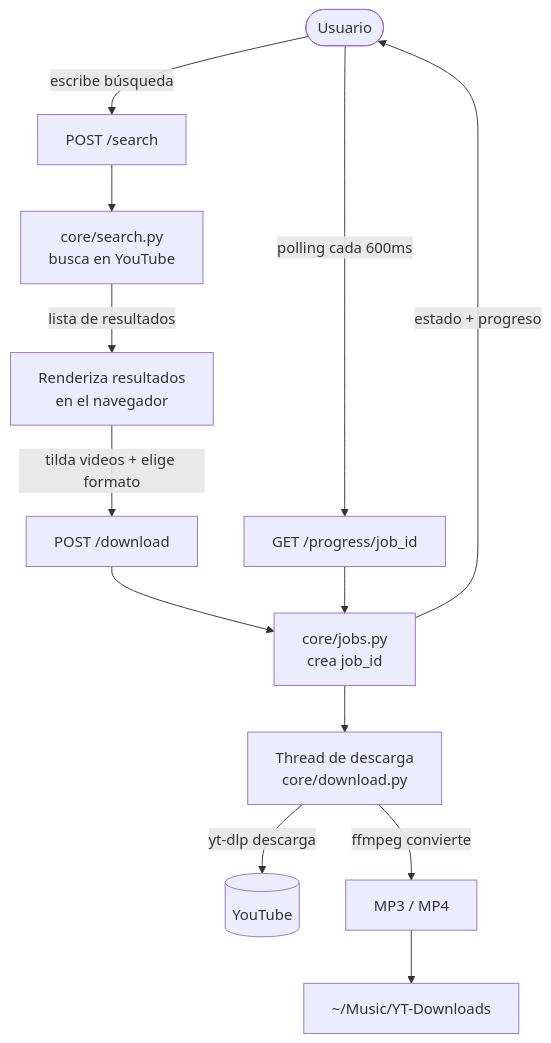
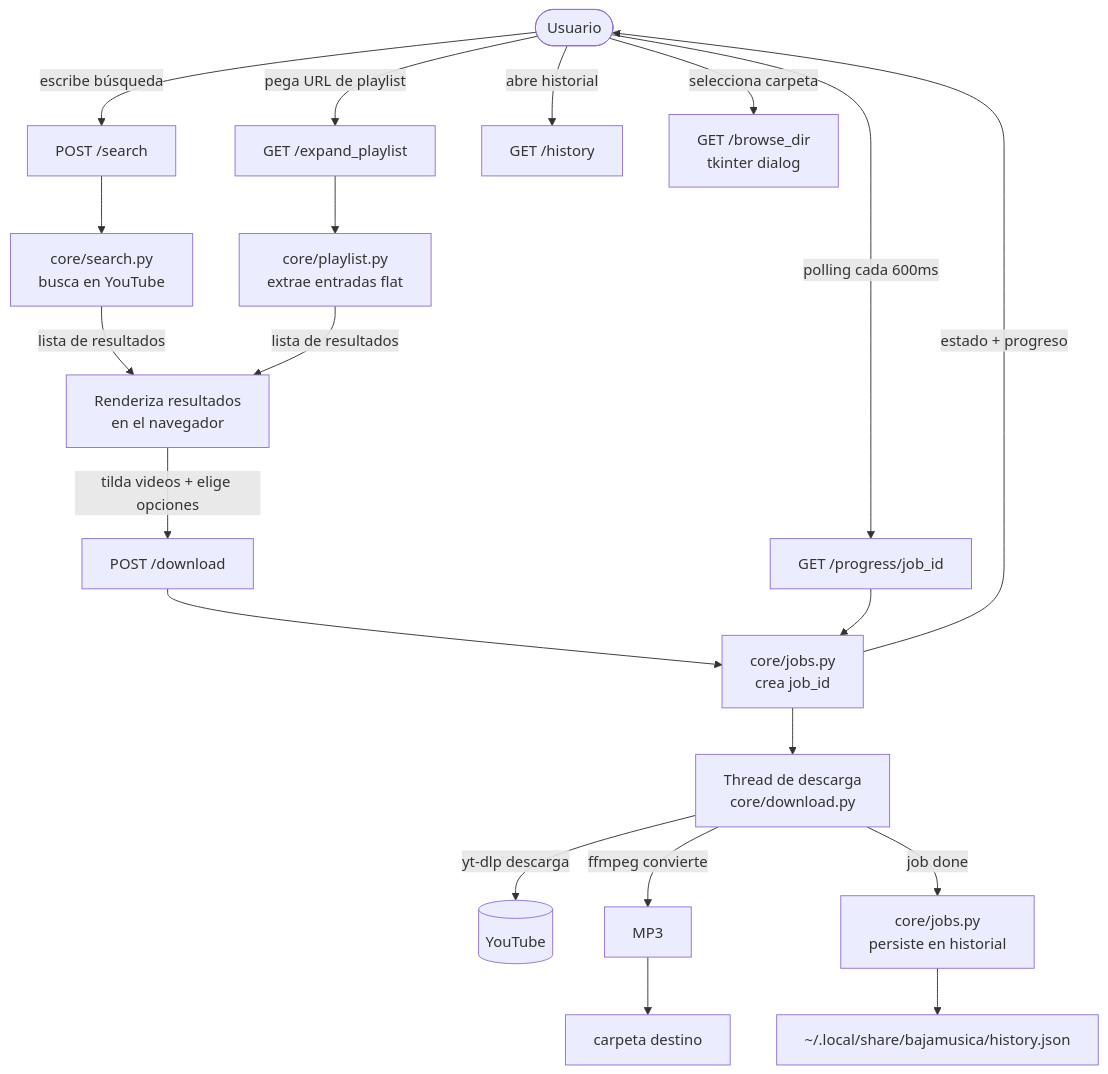
The diagram in README.md (pablosartorio/bajamusica), drawn with Mermaid before and after one commit. The commit also changed other lines of this file and 14 other files, not shown here.

````diff
--- a/README.md
+++ b/README.md
@@ -63,15 +76,21 @@
 ```mermaid
 flowchart TD
     U([Usuario]) -->|escribe búsqueda| B[POST /search]
+    U -->|pega URL de playlist| PL[GET /expand_playlist]
     B --> S[core/search.py\nbusca en YouTube]
-    S -->|lista de resultados| R[Renderiza resultados\nen el navegador]
-    R -->|tilda videos + elige formato| D[POST /download]
+    PL --> PS[core/playlist.py\nextrae entradas flat]
+    S & PS -->|lista de resultados| R[Renderiza resultados\nen el navegador]
+    R -->|tilda videos + elige opciones| D[POST /download]
     D --> J[core/jobs.py\ncrea job_id]
     J --> T[Thread de descarga\ncore/download.py]
     T -->|yt-dlp descarga| YT[(YouTube)]
-    T -->|ffmpeg convierte| F[MP3 / MP4]
-    F --> M[~/Music/YT-Downloads]
+    T -->|ffmpeg convierte| F[MP3]
+    F --> M[carpeta destino]
+    T -->|job done| H[core/jobs.py\npersiste en historial]
+    H --> HF[~/.local/share/bajamusica/history.json]
     U -->|polling cada 600ms| P[GET /progress/job_id]
     P --> J
     J -->|estado + progreso| U
+    U -->|abre historial| GH[GET /history]
+    U -->|selecciona carpeta| GB[GET /browse_dir\ntkinter dialog]
 ```
````
